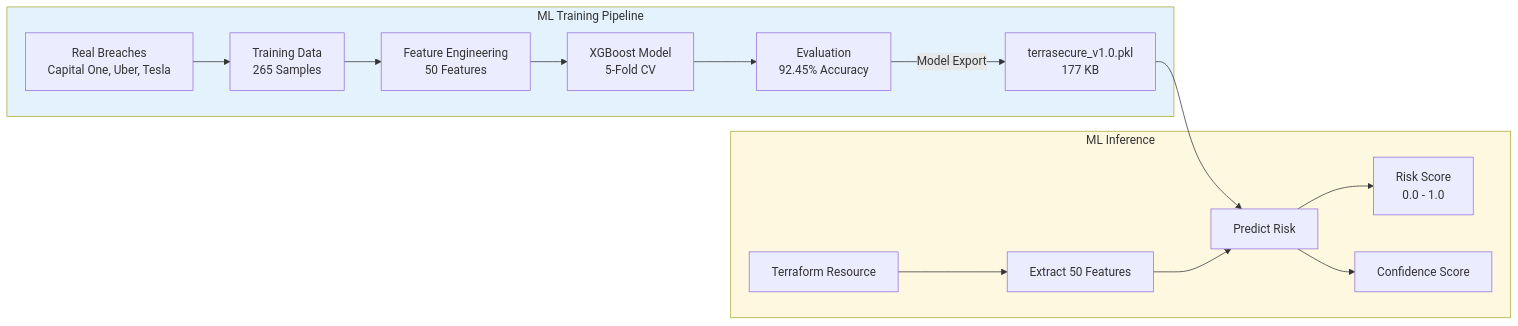
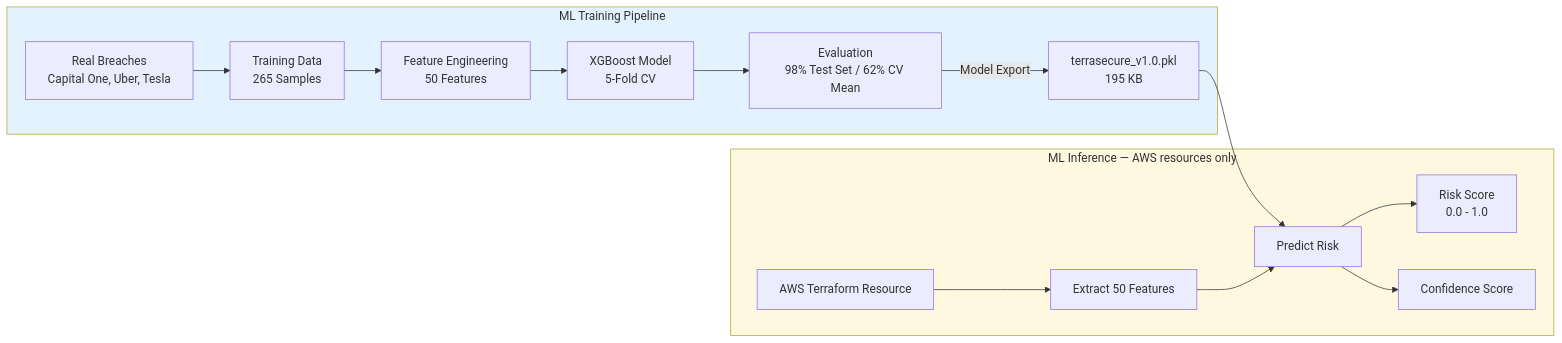
One commit to JashwanthMU/TerraSecure changed the second of 4 diagrams in README.md. Above: the diagram before and after it, drawn with Mermaid. The commit also changed other lines of this file and 1 other file, not shown here.

Commit message:
Update README for honest multi-cloud coverage and ML accuracy reporting; ignore scan output artifacts

````diff
--- a/README.md
+++ b/README.md
@@ -246,33 +269,33 @@
 ```mermaid
 flowchart LR
     subgraph Training["  ML Training Pipeline"]
         DATA[Training Data<br/>265 Samples]
         BREACH[Real Breaches<br/>Capital One, Uber, Tesla]
         FEAT_ENG[Feature Engineering<br/>50 Features]
         XGBOOST[XGBoost Model<br/>5-Fold CV]
-        EVAL[Evaluation<br/>92.45% Accuracy]
+        EVAL[Evaluation<br/>98% Test Set / 62% CV Mean]
         
         DATA --> FEAT_ENG
         BREACH --> DATA
         FEAT_ENG --> XGBOOST
         XGBOOST --> EVAL
-        EVAL --> |Model Export|MODEL_FILE[terrasecure_v1.0.pkl<br/>177 KB]
+        EVAL --> |Model Export|MODEL_FILE[terrasecure_v1.0.pkl<br/>195 KB]
     end
 
-    subgraph Inference["  ML Inference"]
-        RESOURCE[Terraform Resource]
+    subgraph Inference["  ML Inference — AWS resources only"]
+        RESOURCE[AWS Terraform Resource]
         EXTRACT[Extract 50 Features]
         PREDICT[Predict Risk]
         SCORE[Risk Score<br/>0.0 - 1.0]
         CONF[Confidence Score]
         
         RESOURCE --> EXTRACT
         MODEL_FILE --> PREDICT
         EXTRACT --> PREDICT
         PREDICT --> SCORE
         PREDICT --> CONF
     end
 
     style Training fill:#e3f2fd
     style Inference fill:#fff8e1
 ```
````
